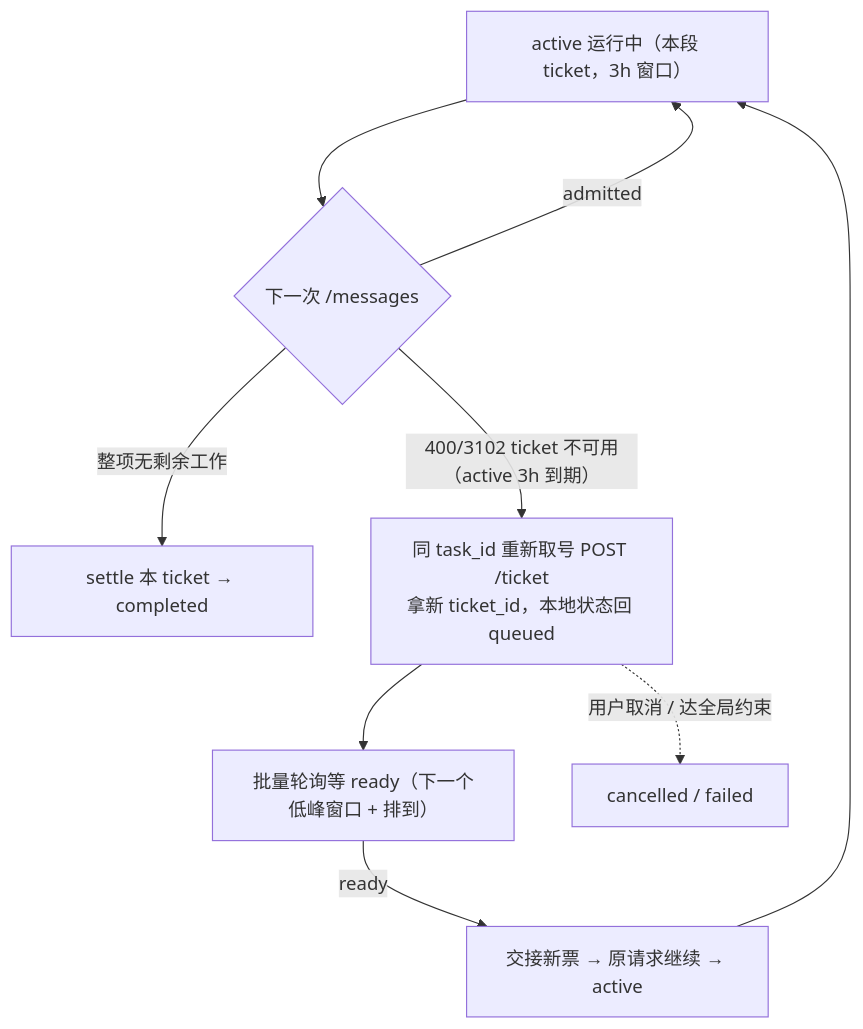
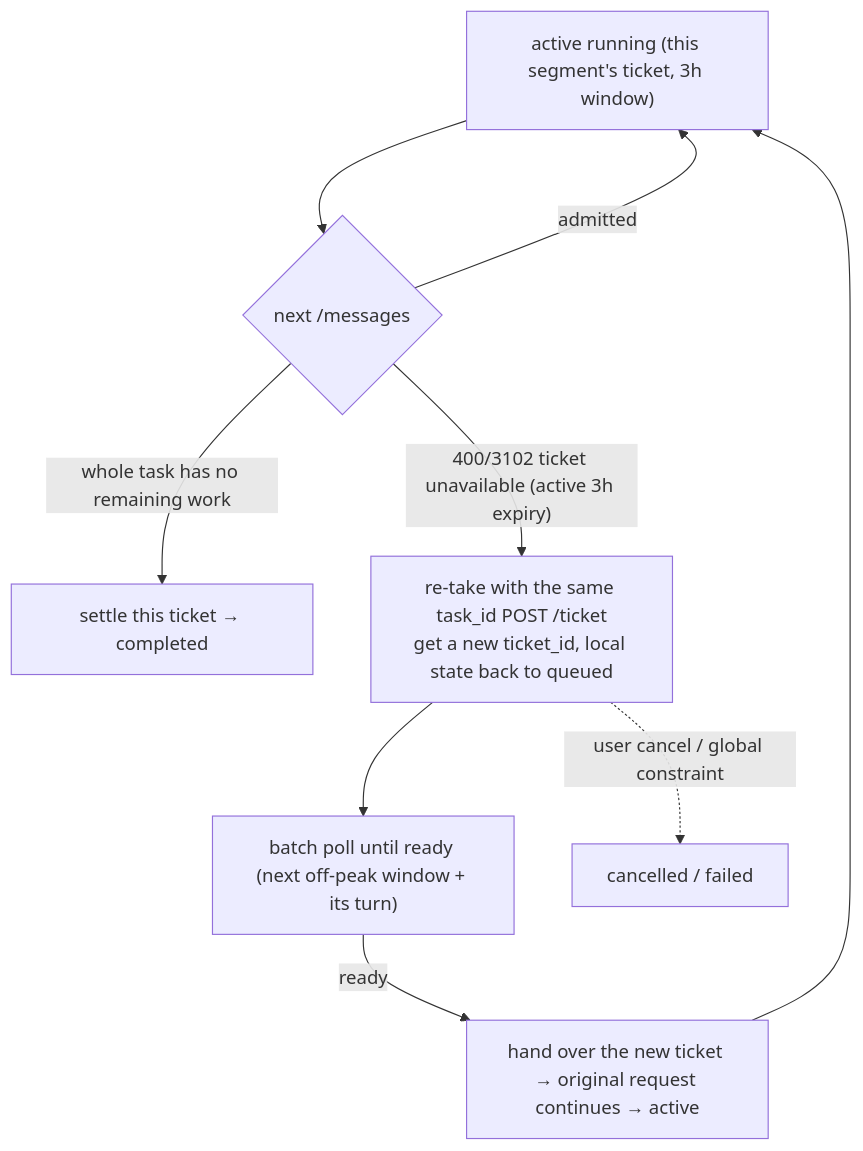
The fifth of 11 diagrams in docs/off-peak-task/tech-design.md (osben/ZCode), drawn with Mermaid before and after one commit. The commit also changed other lines of this file and 12 other files, not shown here.

````diff
--- a/docs/off-peak-task/tech-design.md
+++ b/docs/off-peak-task/tech-design.md
@@ -419,11 +488,11 @@
 ```mermaid
 flowchart TD
-  A["active 运行中（本段 ticket，3h 窗口）"] --> N{"下一次 /messages"}
+  A["active running (this segment's ticket, 3h window)"] --> N{"next /messages"}
   N -->|admitted| A
-  N -->|"整项无剩余工作"| Done["settle 本 ticket → completed"]
-  N -->|"400/3102 ticket 不可用（active 3h 到期）"| Re["同 task_id 重新取号 POST /ticket<br/>拿新 ticket_id，本地状态回 queued"]
-  Re --> W["批量轮询等 ready（下一个低峰窗口 + 排到）"]
-  W -->|ready| Dispatch["交接新票 → 原请求继续 → active"]
+  N -->|"whole task has no remaining work"| Done["settle this ticket → completed"]
+  N -->|"400/3102 ticket unavailable (active 3h expiry)"| Re["re-take with the same task_id POST /ticket<br/>get a new ticket_id, local state back to queued"]
+  Re --> W["batch poll until ready (next off-peak window + its turn)"]
+  W -->|ready| Dispatch["hand over the new ticket → original request continues → active"]
   Dispatch --> A
-  Re -.->|"用户取消 / 达全局约束"| Cancel["cancelled / failed"]
+  Re -.->|"user cancel / global constraint"| Cancel["cancelled / failed"]
 ```
````
